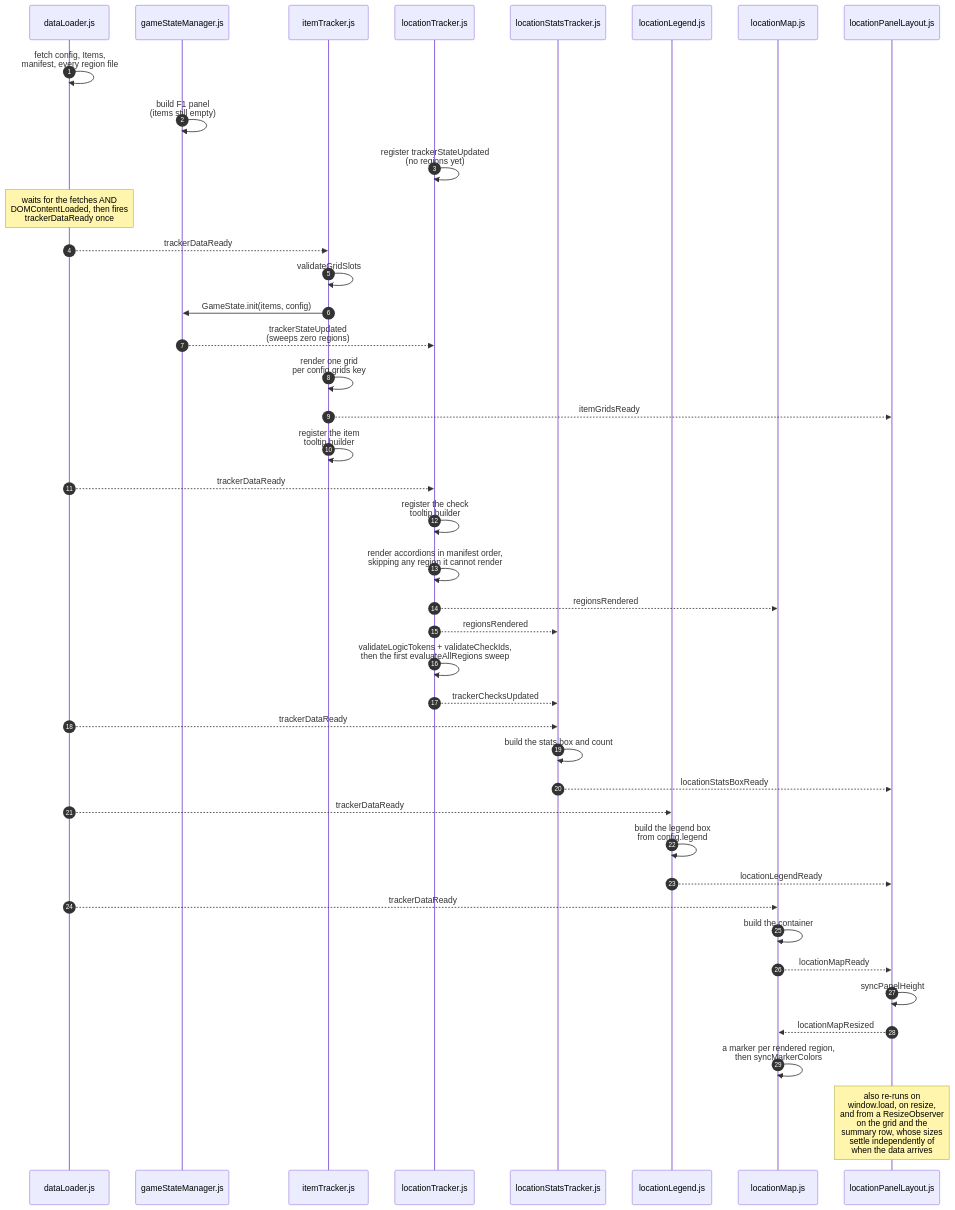
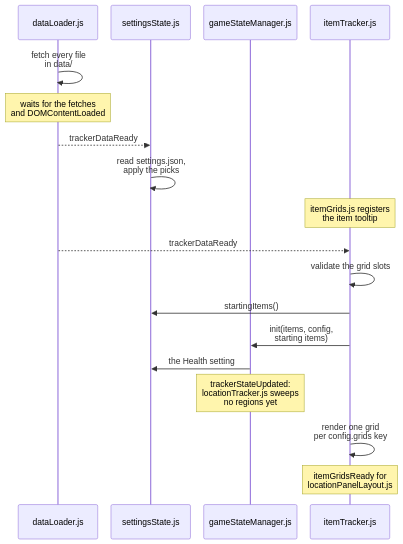
Before and after one commit to GonzaloJMora/mm3drTracker: diagram 11 of 15 in documentation/architecture-diagram.md, drawn with Mermaid. The commit also changed other lines of this file and 49 other files, not shown here.

Commit message:
Release v0.13.0: Settings page, tracker server script, and some bugfixes

````diff
--- a/documentation/architecture-diagram.md
+++ b/documentation/architecture-diagram.md
@@ -163,44 +322,22 @@
 ```mermaid
+%%{init: {"sequence": {"actorMargin": 25}}}%%
 sequenceDiagram
-    autonumber
     participant DL as dataLoader.js
+    participant SS as settingsState.js
     participant GSM as gameStateManager.js
     participant IT as itemTracker.js
-    participant LT as locationTracker.js
-    participant LST as locationStatsTracker.js
-    participant LEG as locationLegend.js
-    participant LM as locationMap.js
-    participant LPL as locationPanelLayout.js
 
-    DL->>DL: fetch config, Items,<br/>manifest, every region file
-    GSM->>GSM: build F1 panel<br/>(items still empty)
-    LT->>LT: register trackerStateUpdated<br/>(no regions yet)
-    Note over DL: waits for the fetches AND<br/>DOMContentLoaded, then fires<br/>trackerDataReady once
+    DL->>DL: fetch every file<br/>in data/
+    Note over DL: waits for the fetches<br/>and DOMContentLoaded
+    DL-->>SS: trackerDataReady
+    SS->>SS: read settings.json,<br/>apply the picks
+    Note over IT: itemGrids.js registers<br/>the item tooltip
     DL-->>IT: trackerDataReady
-    IT->>IT: validateGridSlots
-    IT->>GSM: GameState.init(items, config)
-    GSM-->>LT: trackerStateUpdated<br/>(sweeps zero regions)
+    IT->>IT: validate the grid slots
+    IT->>SS: startingItems()
+    IT->>GSM: init(items, config,<br/>starting items)
+    GSM->>SS: the Health setting
+    Note over GSM: trackerStateUpdated:<br/>locationTracker.js sweeps<br/>no regions yet
     IT->>IT: render one grid<br/>per config.grids key
-    IT-->>LPL: itemGridsReady
-    IT->>IT: register the item<br/>tooltip builder
-    DL-->>LT: trackerDataReady
-    LT->>LT: register the check<br/>tooltip builder
-    LT->>LT: render accordions in manifest order,<br/>skipping any region it cannot render
-    LT-->>LM: regionsRendered
-    LT-->>LST: regionsRendered
-    LT->>LT: validateLogicTokens + validateCheckIds,<br/>then the first evaluateAllRegions sweep
-    LT-->>LST: trackerChecksUpdated
-    DL-->>LST: trackerDataReady
-    LST->>LST: build the stats box and count
-    LST-->>LPL: locationStatsBoxReady
-    DL-->>LEG: trackerDataReady
-    LEG->>LEG: build the legend box<br/>from config.legend
-    LEG-->>LPL: locationLegendReady
-    DL-->>LM: trackerDataReady
-    LM->>LM: build the container
-    LM-->>LPL: locationMapReady
-    LPL->>LPL: syncPanelHeight
-    LPL-->>LM: locationMapResized
-    LM->>LM: a marker per rendered region,<br/>then syncMarkerColors
-    Note over LPL: also re-runs on<br/>window.load, on resize,<br/>and from a ResizeObserver<br/>on the grid and the<br/>summary row, whose sizes<br/>settle independently of<br/>when the data arrives
+    Note over IT: itemGridsReady for<br/>locationPanelLayout.js
 ```
````
